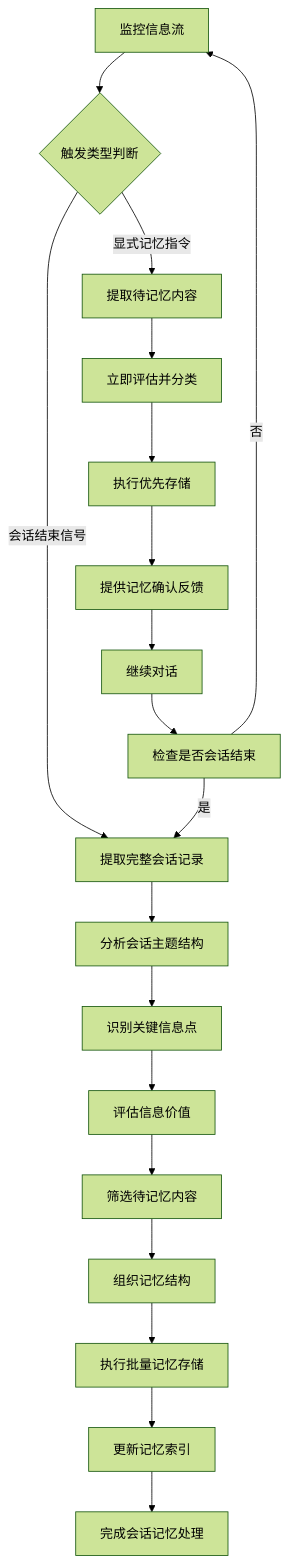
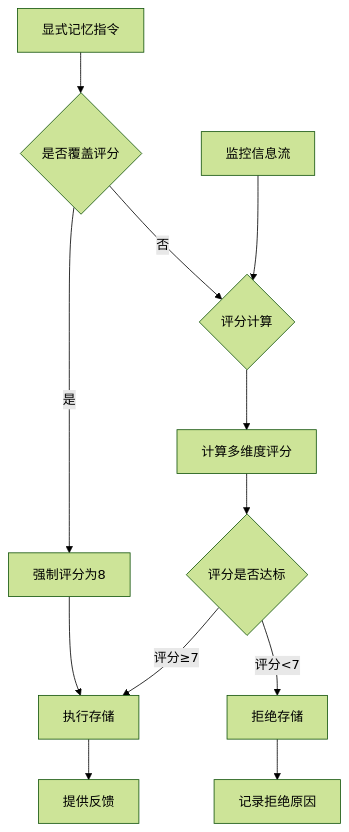
The diagram in core/execution/memory-trigger.execution.md (yuyuan-cs/PromptX), drawn with Mermaid (forest theme) before and after one commit. The commit also changed other lines of this file and 10 other files, not shown here.

````diff
--- a/core/execution/memory-trigger.execution.md
+++ b/core/execution/memory-trigger.execution.md
@@ -5,27 +5,15 @@
     ```mermaid
     flowchart TD
-      A[监控信息流] --> B{触发类型判断}
+      A[监控信息流] --> B{评分计算}
+      B --> C[计算多维度评分]
+      C --> D{评分是否达标}
+      D -->|评分≥7| E[执行存储]
+      D -->|评分<7| F[拒绝存储]
+      E --> G[提供反馈]
+      F --> H[记录拒绝原因]
       
-      %% 显式指令触发路径
-      B -->|显式记忆指令| C[提取待记忆内容]
-      C --> D[立即评估并分类]
-      D --> E[执行优先存储]
-      E --> F[提供记忆确认反馈]
-      F --> G[继续对话]
-      
-      %% 会话结束触发路径
-      B -->|会话结束信号| H[提取完整会话记录]
-      H --> I[分析会话主题结构]
-      I --> J[识别关键信息点]
-      J --> K[评估信息价值]
-      K --> L[筛选待记忆内容]
-      L --> M[组织记忆结构]
-      M --> N[执行批量记忆存储]
-      N --> O[更新记忆索引]
-      O --> P[完成会话记忆处理]
-      
-      %% 共享的判断路径
-      G --> Q[检查是否会话结束]
-      Q -->|是| H
-      Q -->|否| A
+      I[显式记忆指令] --> J{是否覆盖评分}
+      J -->|是| K[强制评分为8]
+      J -->|否| B
+      K --> E
     ```
````
